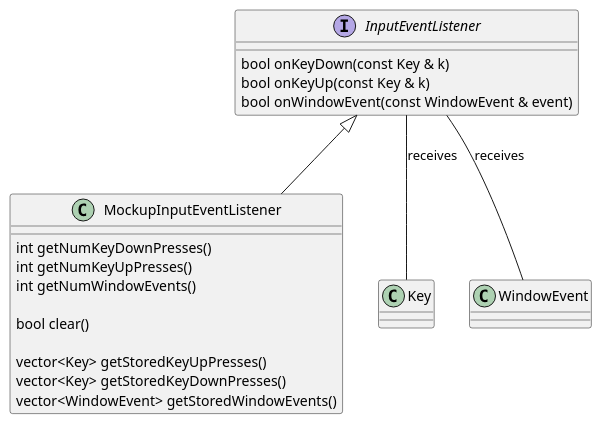
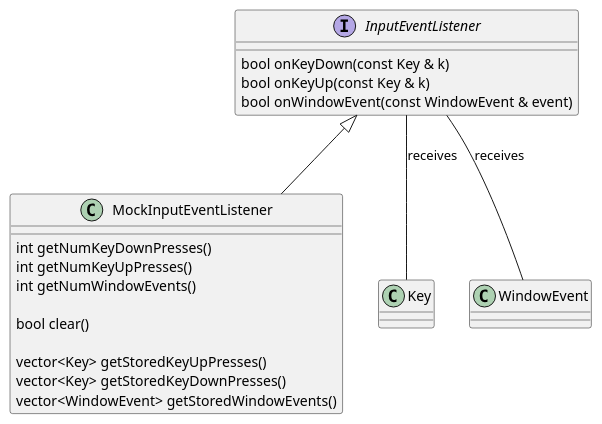
Before and after one commit to asrob-uc3m/robotDevastation-developer-manual: the diagram in en/input-management/listening-to-events.md, drawn with PlantUML. The commit also changed other lines of this file and 10 other files, not shown here.

First line of the commit message:
Replace 'Mockup' with 'Mock'

```diff
--- a/en/input-management/listening-to-events.md
+++ b/en/input-management/listening-to-events.md
@@ -4,24 +4,24 @@
 {% plantuml %}
 interface InputEventListener {
 bool onKeyDown(const Key & k)
 bool onKeyUp(const Key & k)
 bool onWindowEvent(const WindowEvent & event)
 }
 
-class MockupInputEventListener {
+class MockInputEventListener {
 int getNumKeyDownPresses()
 int getNumKeyUpPresses()
 int getNumWindowEvents()
 
 bool clear()
 
 vector<Key> getStoredKeyUpPresses()
 vector<Key> getStoredKeyDownPresses()
 vector<WindowEvent> getStoredWindowEvents()
 }
 class Key
 class WindowEvent
-InputEventListener <|-- MockupInputEventListener
+InputEventListener <|-- MockInputEventListener
 InputEventListener -- Key : receives
 InputEventListener -- WindowEvent : receives
 {% endplantuml %}
```
